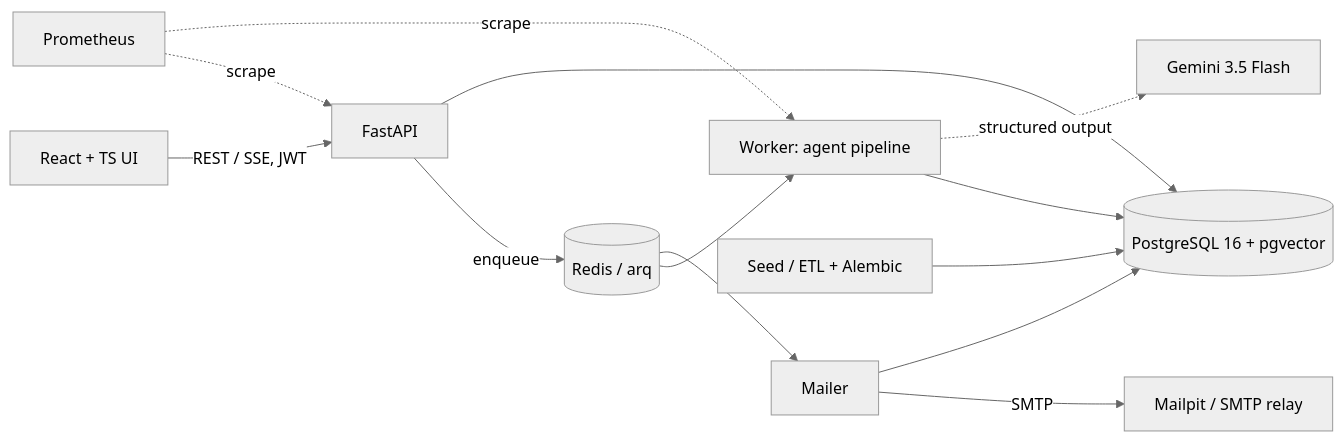
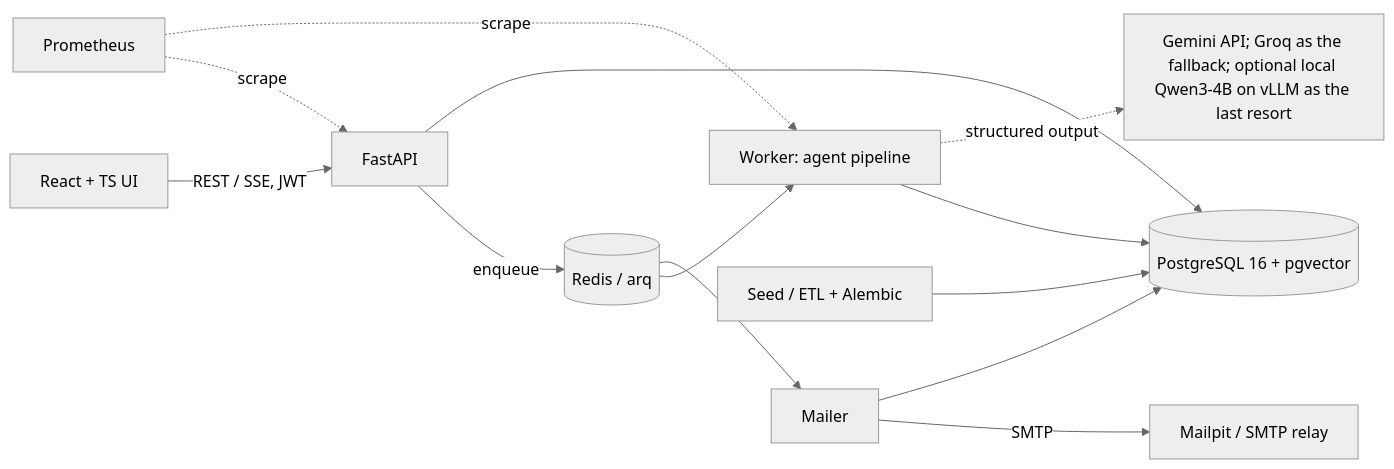
Before and after one commit to krishnasharma30july-sketch/supply-chain-disruption-copilot: the diagram in README.md, drawn with Mermaid (neutral theme). The commit also changed other lines of this file and 77 other files, not shown here.

````diff
--- a/README.md
+++ b/README.md
@@ -54,14 +55,14 @@
 ```mermaid
 flowchart LR
   UI[React + TS UI] -- REST / SSE, JWT --> API[FastAPI]
   API -- enqueue --> Q[(Redis / arq)]
   Q --> W[Worker: agent pipeline]
   Q --> M[Mailer] -- SMTP --> MP[Mailpit / SMTP relay]
   W --> PG[(PostgreSQL 16 + pgvector)]
   API --> PG
   M --> PG
-  W -. structured output .-> LLM[Gemini 3.5 Flash]
+  W -. structured output .-> LLM[Gemini API; Groq as the fallback; optional local Qwen3-4B on vLLM as the last resort]
   SEED[Seed / ETL + Alembic] --> PG
   PR[Prometheus] -. scrape .-> API
   PR -. scrape .-> W
 ```
````
